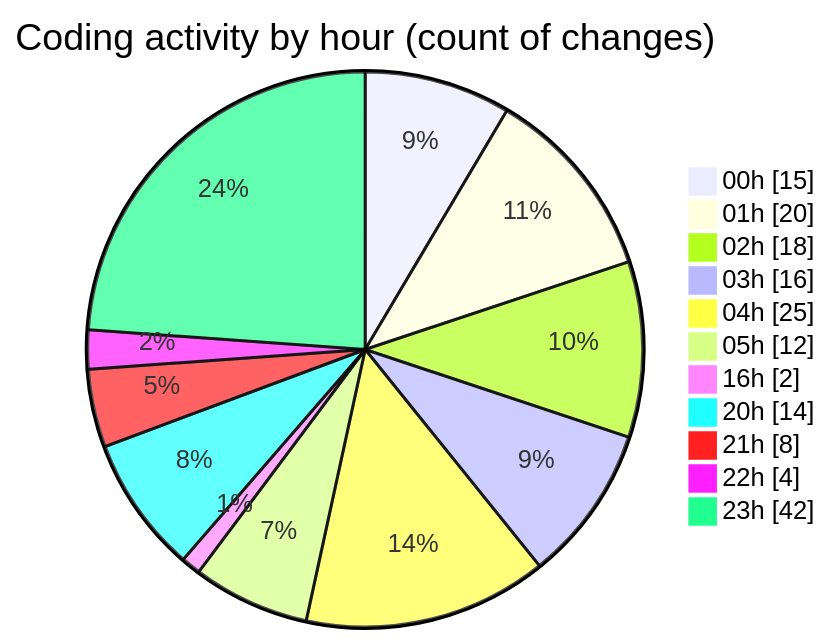
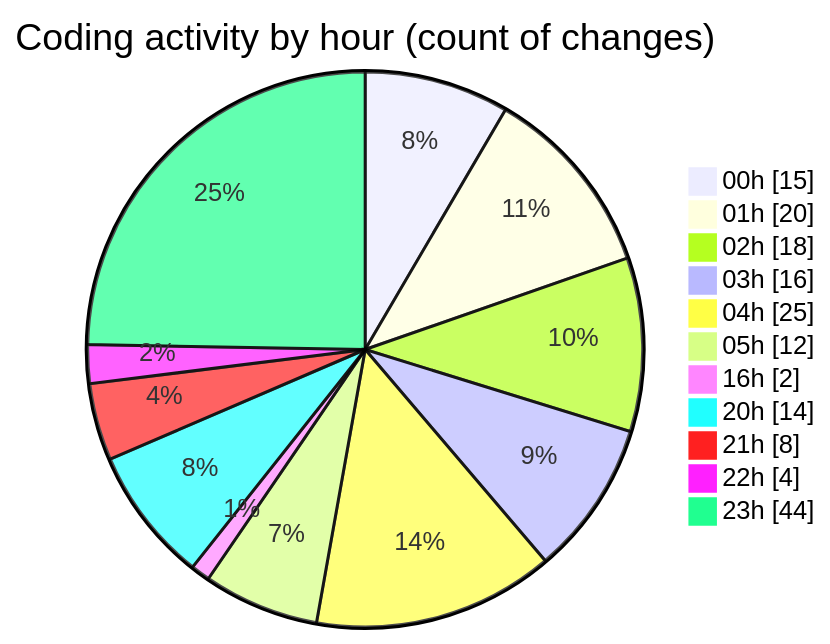
One commit to lephambinh05/code-tracking changed the second of 2 diagrams in 2025-08-04/studybuddy/README.md. Above: the diagram before and after it, drawn with Mermaid. The commit also changed other lines of this file and 1 other file, not shown here.

````diff
--- a/2025-08-04/studybuddy/README.md
+++ b/2025-08-04/studybuddy/README.md
@@ -66,15 +66,15 @@
 ```mermaid
 pie showData
 title Coding activity by hour (count of changes)
 "00h" : 15
 "01h" : 20
 "02h" : 18
 "03h" : 16
 "04h" : 25
 "05h" : 12
 "16h" : 2
 "20h" : 14
 "21h" : 8
 "22h" : 4
-"23h" : 42
+"23h" : 44
 ```
````
